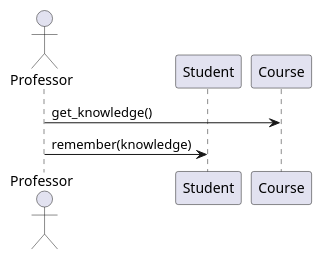
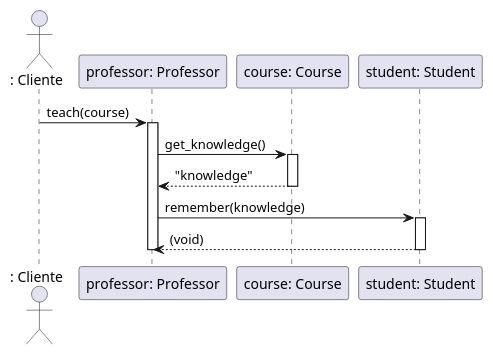
The diagram in class_uml/uml_sequence_diagram.puml (miguepoloc/especializacion_ds), drawn with PlantUML before and after one commit. The commit also changed 4 other files, not shown here.

Commit message:
feat: add UML relationship guide notebook, update sequence diagram, and synchronize Python environment configurations

```diff
--- a/class_uml/uml_sequence_diagram.puml
+++ b/class_uml/uml_sequence_diagram.puml
@@ -1,8 +1,21 @@
 @startuml
-actor Professor
-participant Student
-participant Course
+actor ": Cliente" as Cliente
+participant "professor: Professor" as Professor
+participant "course: Course" as Course
+participant "student: Student" as Student
+
+Cliente -> Professor: teach(course)
+activate Professor
 
 Professor -> Course: get_knowledge()
+activate Course
+Course --> Professor: "knowledge"
+deactivate Course
+
 Professor -> Student: remember(knowledge)
+activate Student
+Student --> Professor: (void)
+deactivate Student
+
+deactivate Professor
 @enduml
```
